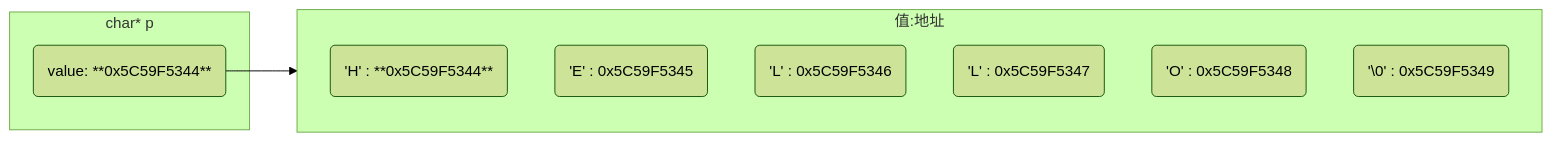
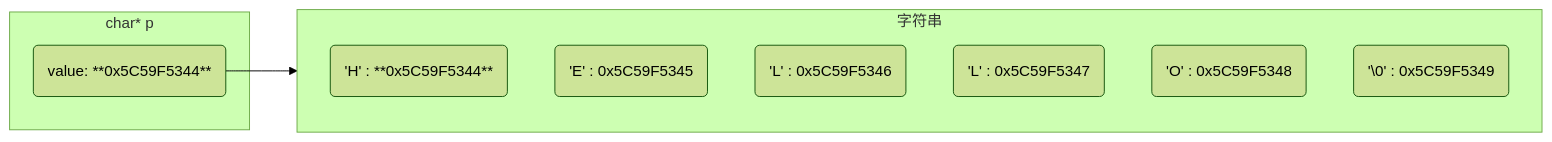
The third of 3 diagrams in _posts/language/c_c++/2021-11-13-字符.md (dmjcb/dmjcb.github.io), drawn with Mermaid (forest theme) before and after one commit. The commit also changed other lines of this file and 5 other files, not shown here.

````diff
--- a/_posts/language/c_c++/2021-11-13-字符.md
+++ b/_posts/language/c_c++/2021-11-13-字符.md
@@ -120,16 +115,16 @@
 ```mermaid
 graph LR
-    subgraph 值:地址
-        direction TB
-        a0('H' : **0x5C59F5344**)
-        a1('E' : 0x5C59F5345)
-        a2('L' : 0x5C59F5346)
-        a3('L' : 0x5C59F5347)
-        a4('O' : 0x5C59F5348)
-        a5('\0' : 0x5C59F5349)
-    end
+subgraph 字符串
+direction TB
+a0('H' : **0x5C59F5344**)
+a1('E' : 0x5C59F5345)
+a2('L' : 0x5C59F5346)
+a3('L' : 0x5C59F5347)
+a4('O' : 0x5C59F5348)
+a5('\0' : 0x5C59F5349)
+end
 
-    subgraph char* p
-        V(value: **0x5C59F5344**)-->a0
-    end
+subgraph char* p
+v(value: **0x5C59F5344**)-->a0
+end
 ```
````
